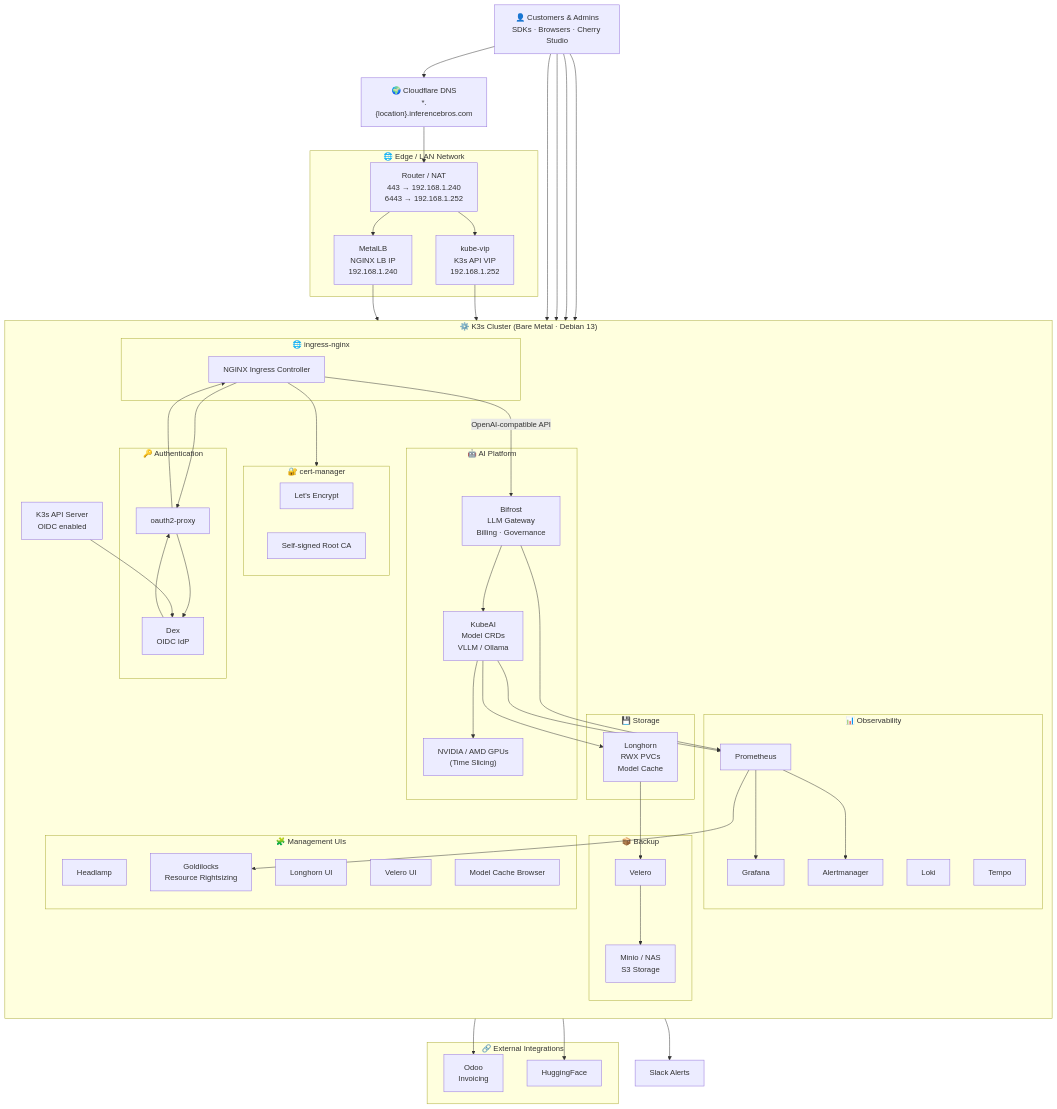
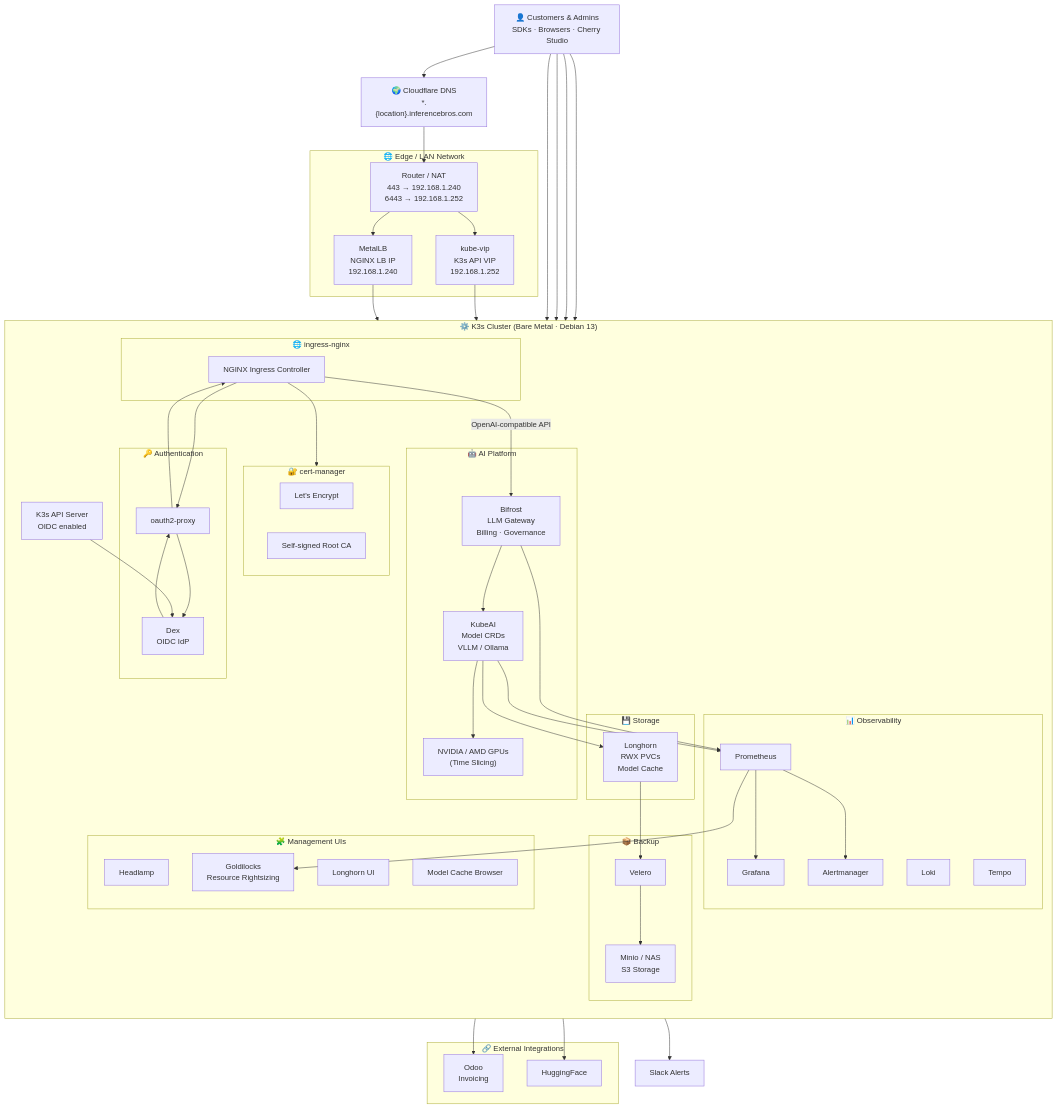
Before and after one commit to alinflorin/inference-bros: the diagram in README.md, drawn with Mermaid. The commit also changed other lines of this file and 1 other file, not shown here.

```diff
--- a/README.md
+++ b/README.md
@@ -500,7 +497,6 @@
     subgraph MGMT["🧩 Management UIs"]
       HEADLAMP["Headlamp"]
       LONGHORN_UI["Longhorn UI"]
-      VUI["Velero UI"]
       PVCX["Model Cache Browser"]
       GOLDILOCKS["Goldilocks
 Resource Rightsizing"]
```
